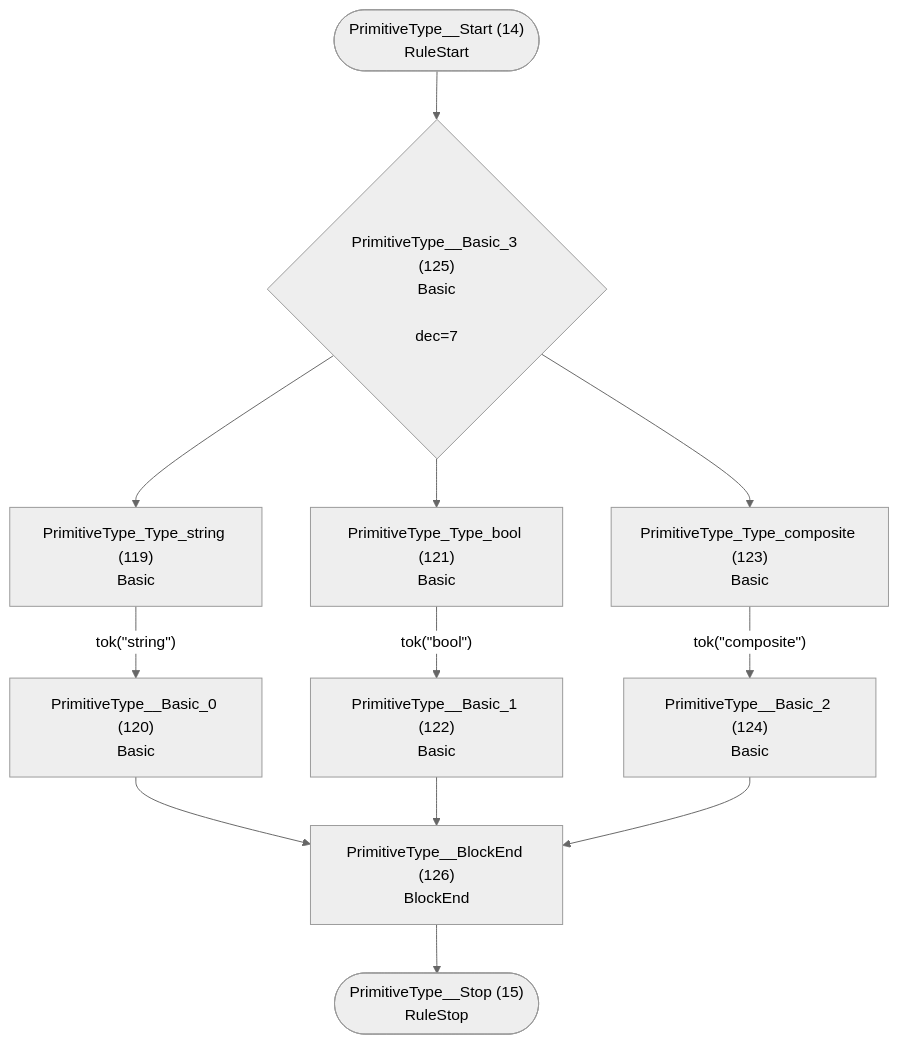
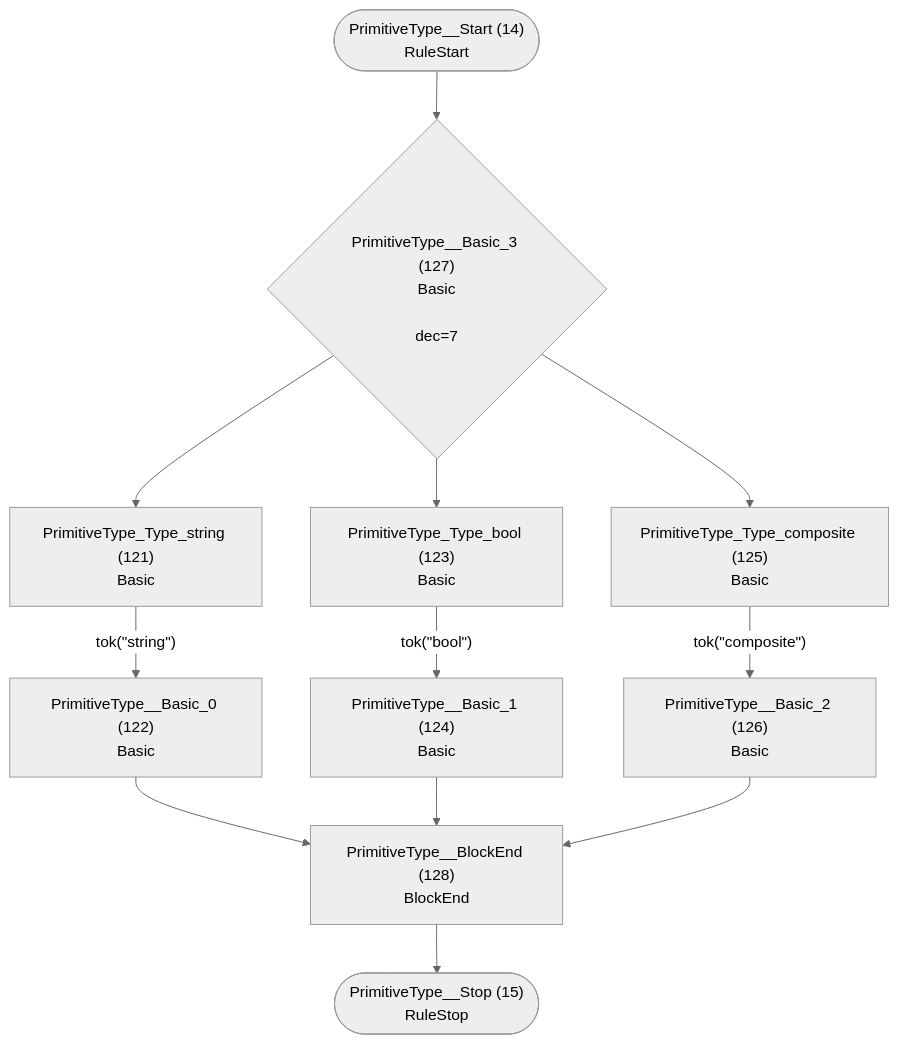
Before and after one commit to TypeFox/fastbelt: the eighth of 29 diagrams in internal/grammar/atn.md, drawn with Mermaid (neutral theme). The commit also changed other lines of this file and 13 other files, not shown here.

````diff
--- a/internal/grammar/atn.md
+++ b/internal/grammar/atn.md
@@ -214,25 +214,25 @@
 ```mermaid
 flowchart TD
     q14(["PrimitiveType__Start (14)<br/>RuleStart"])
     q15(["PrimitiveType__Stop (15)<br/>RuleStop"])
-    q119["PrimitiveType_Type_string (119)<br/>Basic<br/>"]
-    q120["PrimitiveType__Basic_0 (120)<br/>Basic<br/>"]
-    q121["PrimitiveType_Type_bool (121)<br/>Basic<br/>"]
-    q122["PrimitiveType__Basic_1 (122)<br/>Basic<br/>"]
-    q123["PrimitiveType_Type_composite (123)<br/>Basic<br/>"]
-    q124["PrimitiveType__Basic_2 (124)<br/>Basic<br/>"]
-    q125{"PrimitiveType__Basic_3 (125)<br/>Basic<br/><br/>dec=7"}
-    q126["PrimitiveType__BlockEnd (126)<br/>BlockEnd<br/>"]
+    q121["PrimitiveType_Type_string (121)<br/>Basic<br/>"]
+    q122["PrimitiveType__Basic_0 (122)<br/>Basic<br/>"]
+    q123["PrimitiveType_Type_bool (123)<br/>Basic<br/>"]
+    q124["PrimitiveType__Basic_1 (124)<br/>Basic<br/>"]
+    q125["PrimitiveType_Type_composite (125)<br/>Basic<br/>"]
+    q126["PrimitiveType__Basic_2 (126)<br/>Basic<br/>"]
+    q127{"PrimitiveType__Basic_3 (127)<br/>Basic<br/><br/>dec=7"}
+    q128["PrimitiveType__BlockEnd (128)<br/>BlockEnd<br/>"]
 
-    q14 --> q125
-    q119 -->|"tok(&quot;string&quot;)"| q120
-    q120 --> q126
-    q121 -->|"tok(&quot;bool&quot;)"| q122
-    q122 --> q126
-    q123 -->|"tok(&quot;composite&quot;)"| q124
-    q124 --> q126
-    q125 --> q119
-    q125 --> q121
-    q125 --> q123
-    q126 --> q15
+    q14 --> q127
+    q121 -->|"tok(&quot;string&quot;)"| q122
+    q122 --> q128
+    q123 -->|"tok(&quot;bool&quot;)"| q124
+    q124 --> q128
+    q125 -->|"tok(&quot;composite&quot;)"| q126
+    q126 --> q128
+    q127 --> q121
+    q127 --> q123
+    q127 --> q125
+    q128 --> q15
 ```
````
